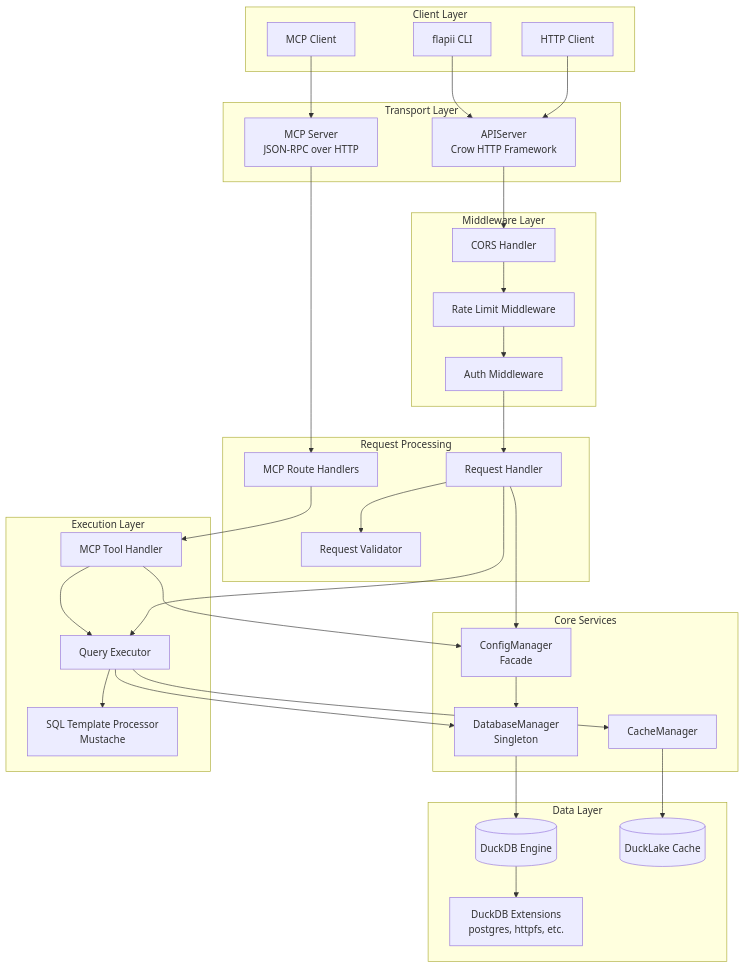
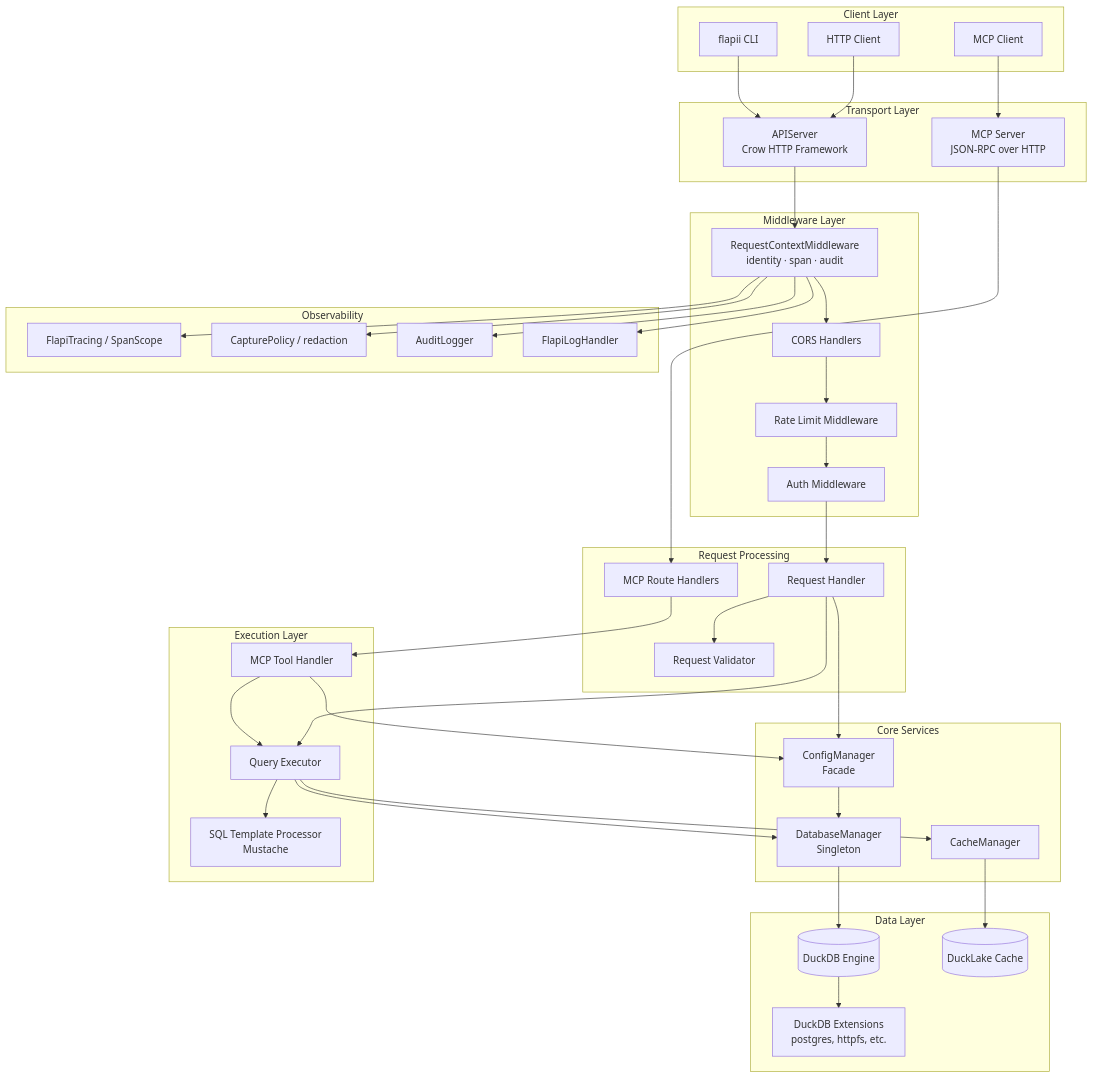
The diagram in docs/spec/ARCHITECTURE.md (DataZooDE/flapi), drawn with Mermaid before and after one commit. The commit also changed other lines of this file and 190 other files, not shown here.

````diff
--- a/docs/spec/ARCHITECTURE.md
+++ b/docs/spec/ARCHITECTURE.md
@@ -9,69 +9,81 @@
 ```mermaid
 graph TB
     subgraph "Client Layer"
         HTTP[HTTP Client]
         MCP[MCP Client]
         CLI[flapii CLI]
     end
 
     subgraph "Transport Layer"
         APIServer[APIServer<br/>Crow HTTP Framework]
         MCPServer[MCP Server<br/>JSON-RPC over HTTP]
     end
 
     subgraph "Middleware Layer"
-        CORS[CORS Handler]
+        ReqCtx[RequestContextMiddleware<br/>identity · span · audit]
+        CORS[CORS Handlers]
         RateLimit[Rate Limit Middleware]
         Auth[Auth Middleware]
+    end
+
+    subgraph "Observability"
+        Tracing[FlapiTracing / SpanScope]
+        Capture[CapturePolicy / redaction]
+        AuditLog[AuditLogger]
+        LogHandler[FlapiLogHandler]
     end
 
     subgraph "Request Processing"
         RequestHandler[Request Handler]
         MCPRouteHandlers[MCP Route Handlers]
         Validator[Request Validator]
     end
 
     subgraph "Core Services"
         ConfigManager[ConfigManager<br/>Facade]
         DatabaseManager[DatabaseManager<br/>Singleton]
         CacheManager[CacheManager]
     end
 
     subgraph "Execution Layer"
         QueryExecutor[Query Executor]
         SQLTemplateProcessor[SQL Template Processor<br/>Mustache]
         MCPToolHandler[MCP Tool Handler]
     end
 
     subgraph "Data Layer"
         DuckDB[(DuckDB Engine)]
         Extensions[DuckDB Extensions<br/>postgres, httpfs, etc.]
         DuckLake[(DuckLake Cache)]
     end
 
     HTTP --> APIServer
     MCP --> MCPServer
     CLI --> APIServer
 
-    APIServer --> CORS --> RateLimit --> Auth
+    APIServer --> ReqCtx --> CORS --> RateLimit --> Auth
+    ReqCtx --> Tracing
+    ReqCtx --> Capture
+    ReqCtx --> AuditLog
+    ReqCtx --> LogHandler
     MCPServer --> MCPRouteHandlers
 
     Auth --> RequestHandler
     MCPRouteHandlers --> MCPToolHandler
 
     RequestHandler --> Validator
     RequestHandler --> ConfigManager
     RequestHandler --> QueryExecutor
 
     MCPToolHandler --> ConfigManager
     MCPToolHandler --> QueryExecutor
 
     ConfigManager --> DatabaseManager
     QueryExecutor --> SQLTemplateProcessor
     QueryExecutor --> DatabaseManager
     QueryExecutor --> CacheManager
 
     DatabaseManager --> DuckDB
     DuckDB --> Extensions
     CacheManager --> DuckLake
 ```
````
